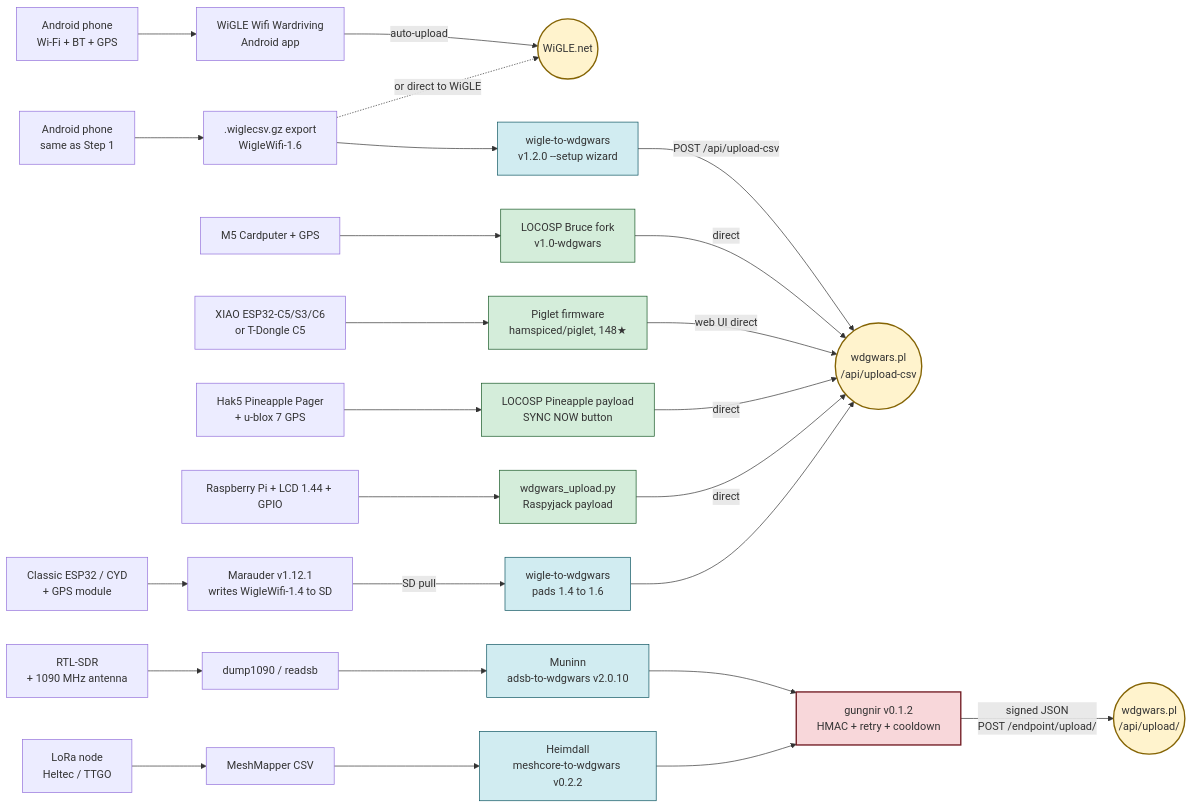
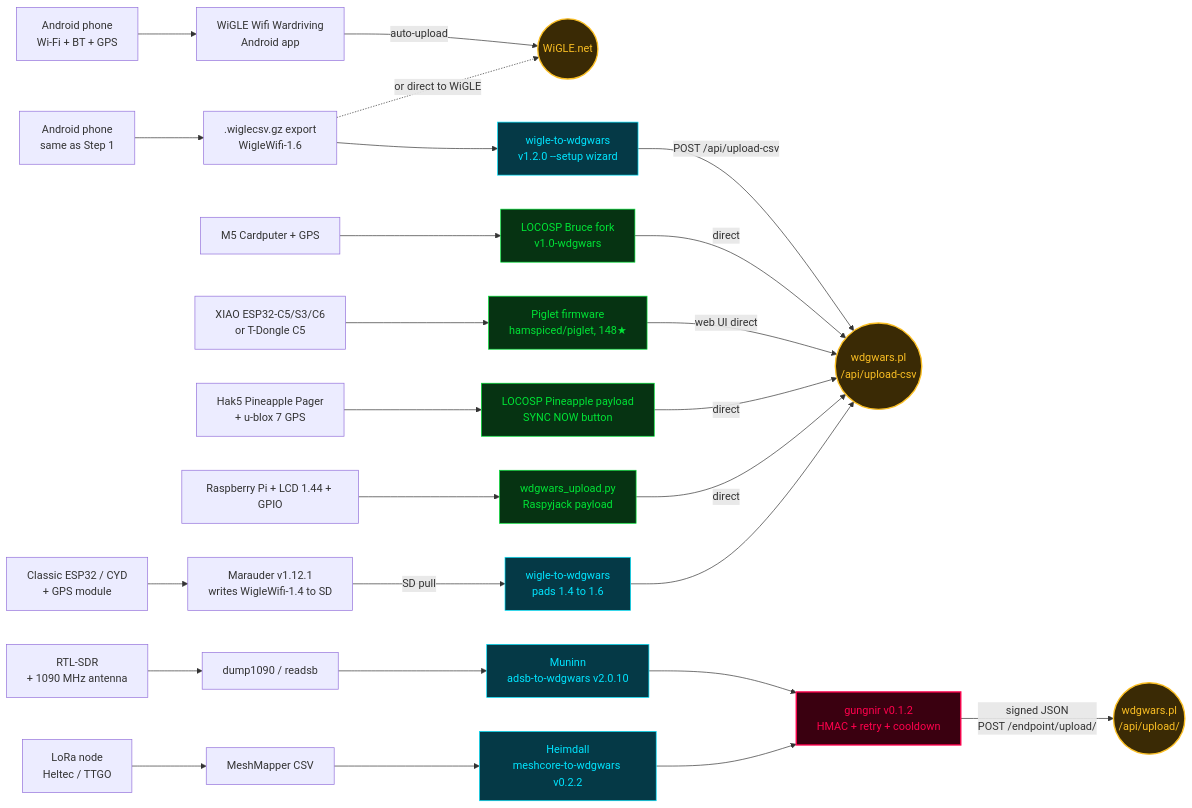
The diagram in docs/flow.md (HiroAlleyCat/wdgo-onramp), drawn with Mermaid before and after one commit. The commit also changed other lines of this file and 10 other files, not shown here.

````diff
--- a/docs/flow.md
+++ b/docs/flow.md
@@ -12,46 +12,46 @@
 ```mermaid
 flowchart LR
     %% Step 1 — Phone only
     s1_phone[Android phone<br/>Wi-Fi + BT + GPS] --> s1_app[WiGLE Wifi Wardriving<br/>Android app]
     s1_app -->|auto-upload| wigle((WiGLE.net))
 
     %% Step 2 — Cross-post
     s2_phone[Android phone<br/>same as Step 1] --> s2_csv[.wiglecsv.gz export<br/>WigleWifi-1.6]
     s2_csv --> s2_w2w[wigle-to-wdgwars<br/>v1.2.0 --setup wizard]
     s2_w2w -->|POST /api/upload-csv| wdgwars_csv((wdgwars.pl<br/>/api/upload-csv))
     s2_csv -.->|or direct to WiGLE| wigle
 
     %% Step 3a — On-device uploaders
     s3a_cardputer[M5 Cardputer + GPS] --> s3a_bruce[LOCOSP Bruce fork<br/>v1.0-wdgwars]
     s3a_bruce -->|direct| wdgwars_csv
     s3a_xiao[XIAO ESP32-C5/S3/C6<br/>or T-Dongle C5] --> s3a_piglet[Piglet firmware<br/>hamspiced/piglet, 148★]
     s3a_piglet -->|web UI direct| wdgwars_csv
     s3a_pager[Hak5 Pineapple Pager<br/>+ u-blox 7 GPS] --> s3a_payload[LOCOSP Pineapple payload<br/>SYNC NOW button]
     s3a_payload -->|direct| wdgwars_csv
     s3a_rj[Raspberry Pi + LCD 1.44 + GPIO] --> s3a_rjpayload[wdgwars_upload.py<br/>Raspyjack payload]
     s3a_rjpayload -->|direct| wdgwars_csv
 
     %% Step 3b — Capture-only, PC feeder
     s3b_hw[Classic ESP32 / CYD<br/>+ GPS module] --> s3b_marauder[Marauder v1.12.1<br/>writes WigleWifi-1.4 to SD]
     s3b_marauder -->|SD pull| s3b_sd[wigle-to-wdgwars<br/>pads 1.4 to 1.6]
     s3b_sd --> wdgwars_csv
 
     %% Step 4 — WDGoWars-only slots
     s4_sdr[RTL-SDR<br/>+ 1090 MHz antenna] --> s4_dump[dump1090 / readsb]
     s4_dump --> s4_muninn[Muninn<br/>adsb-to-wdgwars v2.0.10]
     s4_lora[LoRa node<br/>Heltec / TTGO] --> s4_mm[MeshMapper CSV]
     s4_mm --> s4_heimdall[Heimdall<br/>meshcore-to-wdgwars v0.2.2]
     s4_muninn --> gungnir[gungnir v0.1.2<br/>HMAC + retry + cooldown]
     s4_heimdall --> gungnir
     gungnir -->|signed JSON<br/>POST /endpoint/upload/| wdgwars_json((wdgwars.pl<br/>/api/upload/))
 
-    %% Styling
-    classDef destinations fill:#fff3cd,stroke:#856404,stroke-width:2px
-    classDef ondevice fill:#d4edda,stroke:#155724
-    classDef pcside fill:#d1ecf1,stroke:#0c5460
-    classDef transport fill:#f8d7da,stroke:#721c24,stroke-width:2px
+    %% Styling — CRT palette matching the on-ramp brand
+    classDef destinations fill:#3a2a05,stroke:#fbbf24,stroke-width:2px,color:#fbbf24
+    classDef ondevice fill:#063312,stroke:#00e436,color:#00e436
+    classDef pcside fill:#053946,stroke:#00e5ff,color:#00e5ff
+    classDef transport fill:#3a0010,stroke:#ff004d,stroke-width:2px,color:#ff004d
     class wigle,wdgwars_csv,wdgwars_json destinations
     class s3a_bruce,s3a_piglet,s3a_payload,s3a_rjpayload ondevice
     class s2_w2w,s3b_sd,s4_muninn,s4_heimdall pcside
     class gungnir transport
 ```
````
